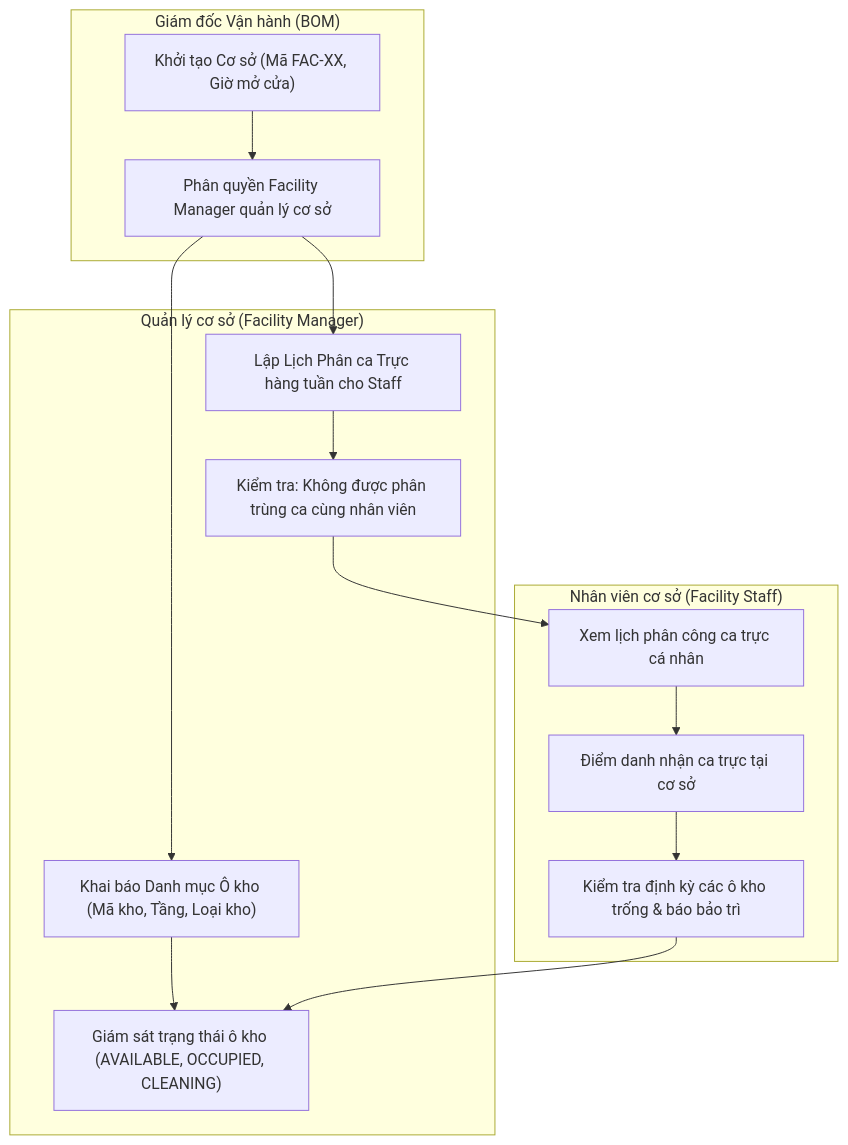
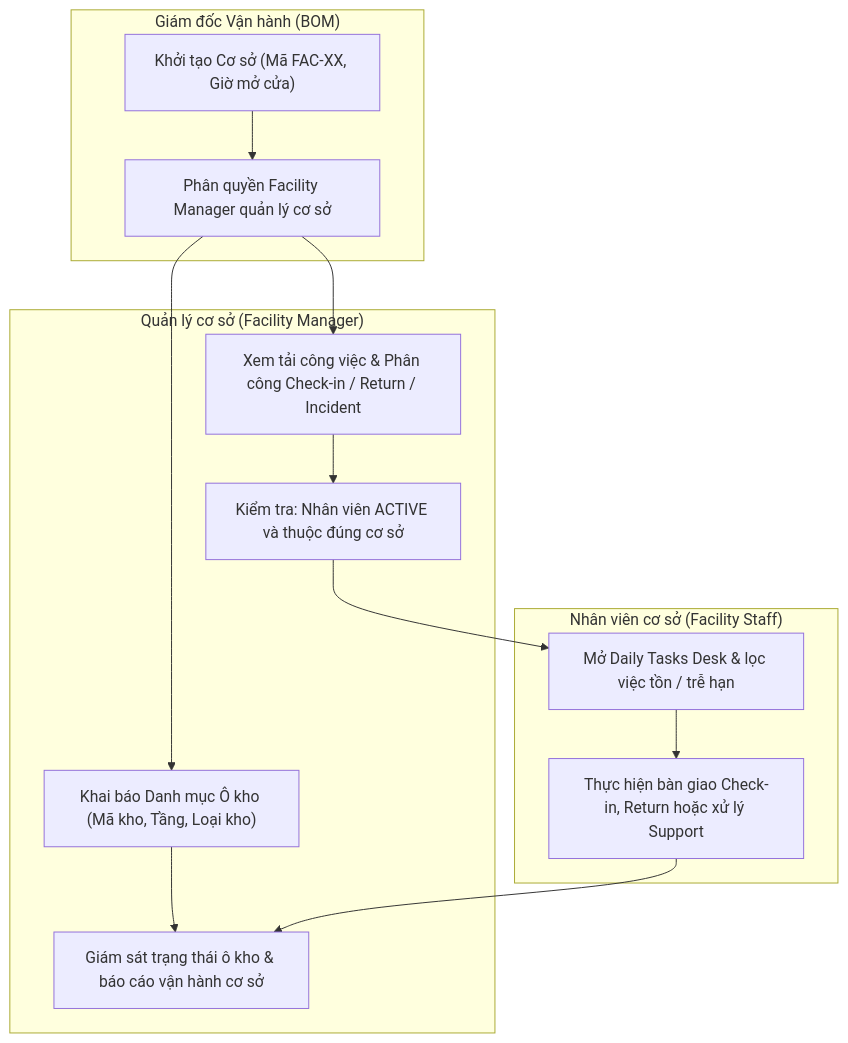
The sixth of 17 diagrams in docs/DEFENSE-SPECIFICATION.md (Nguyen-Van-Gia-Binh/Self-Storage-Facility-Rental-and-Management-System), drawn with Mermaid before and after one commit. The commit also changed other lines of this file and 117 other files, not shown here.

First line of the commit message:
docs(report): chuan hoa FINAL-REPORT, 17 so do UML/ERD va VNPay Sandbox (#337)

````diff
--- a/docs/DEFENSE-SPECIFICATION.md
+++ b/docs/DEFENSE-SPECIFICATION.md
@@ -335,30 +335,28 @@
 ```mermaid
 flowchart TD
     subgraph BOM ["Giám đốc Vận hành (BOM)"]
         BM_Fac["Khởi tạo Cơ sở (Mã FAC-XX, Giờ mở cửa)"]
         BM_AssignFM["Phân quyền Facility Manager quản lý cơ sở"]
     end
 
     subgraph FM ["Quản lý cơ sở (Facility Manager)"]
         FM_Units["Khai báo Danh mục Ô kho (Mã kho, Tầng, Loại kho)"]
-        FM_Shift["Lập Lịch Phân ca Trực hàng tuần cho Staff"]
-        FM_CheckShift["Kiểm tra: Không được phân trùng ca cùng nhân viên"]
-        FM_Monitor["Giám sát trạng thái ô kho (AVAILABLE, OCCUPIED, CLEANING)"]
+        FM_Dispatch["Xem tải công việc & Phân công Check-in / Return / Incident"]
+        FM_CheckStaff["Kiểm tra: Nhân viên ACTIVE và thuộc đúng cơ sở"]
+        FM_Monitor["Giám sát trạng thái ô kho & báo cáo vận hành cơ sở"]
     end
 
     subgraph Staff ["Nhân viên cơ sở (Facility Staff)"]
-        ST_ViewShift["Xem lịch phân công ca trực cá nhân"]
-        ST_Checkin["Điểm danh nhận ca trực tại cơ sở"]
-        ST_InspectUnit["Kiểm tra định kỳ các ô kho trống & báo bảo trì"]
+        ST_ViewDesk["Mở Daily Tasks Desk & lọc việc tồn / trễ hạn"]
+        ST_Execute["Thực hiện bàn giao Check-in, Return hoặc xử lý Support"]
     end
 
     BM_Fac --> BM_AssignFM
     BM_AssignFM --> FM_Units
     FM_Units --> FM_Monitor
-    BM_AssignFM --> FM_Shift
-    FM_Shift --> FM_CheckShift
-    FM_CheckShift --> ST_ViewShift
-    ST_ViewShift --> ST_Checkin
-    ST_Checkin --> ST_InspectUnit
-    ST_InspectUnit --> FM_Monitor
+    BM_AssignFM --> FM_Dispatch
+    FM_Dispatch --> FM_CheckStaff
+    FM_CheckStaff --> ST_ViewDesk
+    ST_ViewDesk --> ST_Execute
+    ST_Execute --> FM_Monitor
 ```
````
